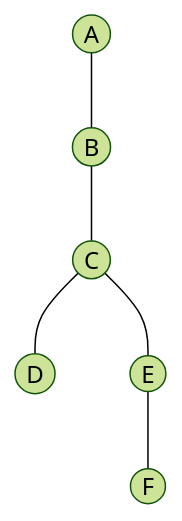
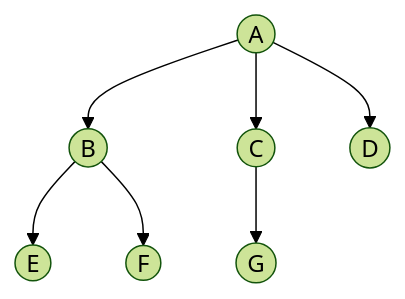
Before and after one commit to ARYAN-KUMAR-22/dsa: the sixth of 9 diagrams in tree/02_binary_tree_intro.md, drawn with Mermaid (forest theme). The commit also changed other lines of this file, not shown here.

````diff
--- a/tree/02_binary_tree_intro.md
+++ b/tree/02_binary_tree_intro.md
@@ -77,8 +255,9 @@
 ```mermaid
 graph TD
-    A((A)) --- B((B))
-    B --- C((C))
-    C --- D((D))
-    C --- E((E))
-    E --- F((F))
+    A((A)) --> B((B))
+    A --> C((C))
+    A --> D((D))
+    B --> E((E))
+    B --> F((F))
+    C --> G((G))
 ```
````
